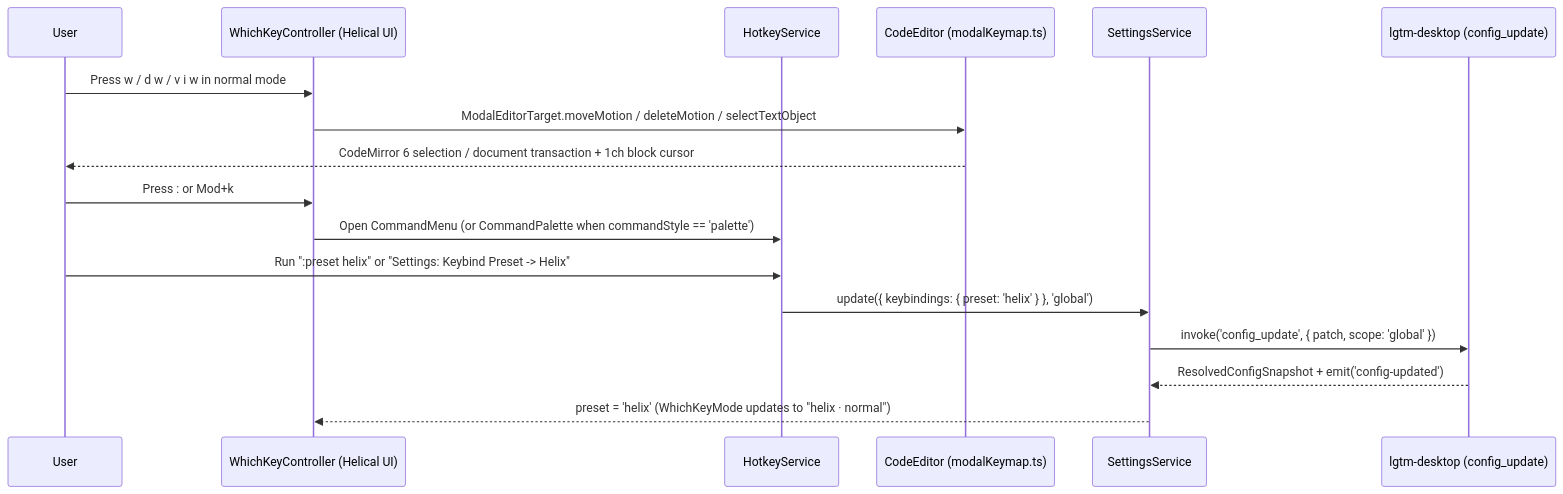
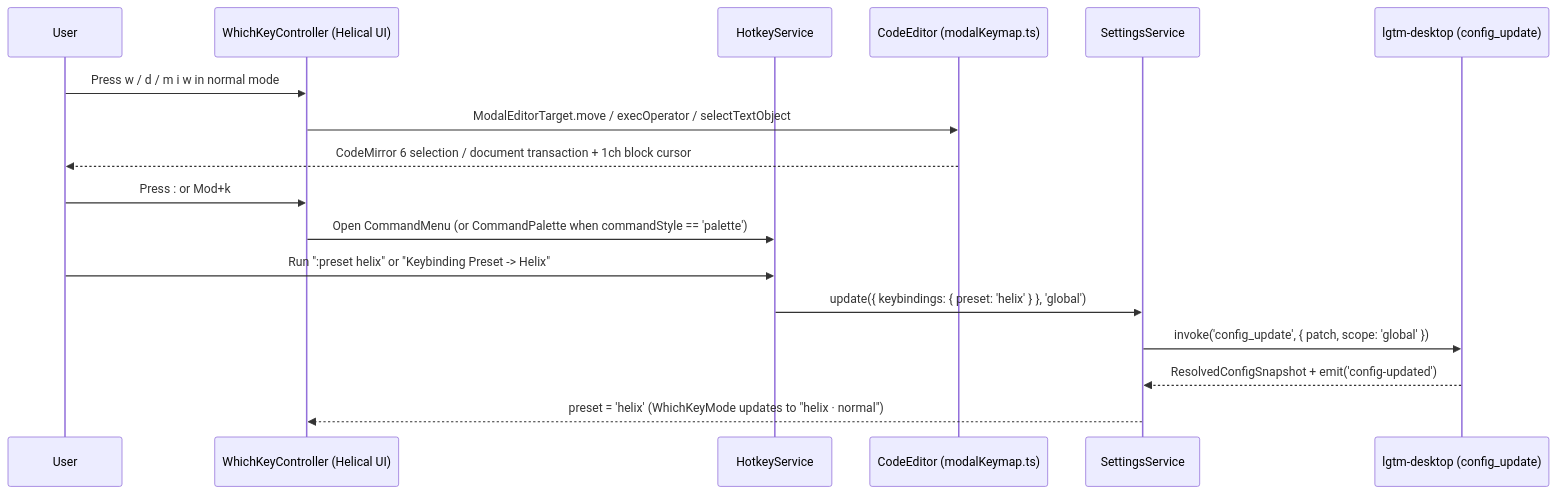
Before and after one commit to difflab-io/lgtm: the second of 2 diagrams in docs/architecture/web/keybindings.md, drawn with Mermaid. The commit also changed other lines of this file and 8 other files, not shown here.

````diff
--- a/docs/architecture/web/keybindings.md
+++ b/docs/architecture/web/keybindings.md
@@ -60,21 +60,21 @@
 ```mermaid
 sequenceDiagram
     participant User
     participant WK as WhichKeyController (Helical UI)
     participant HK as HotkeyService
     participant CM as CodeEditor (modalKeymap.ts)
     participant Set as SettingsService
     participant Host as lgtm-desktop (config_update)
 
-    User->>WK: Press w / d w / v i w in normal mode
-    WK->>CM: ModalEditorTarget.moveMotion / deleteMotion / selectTextObject
+    User->>WK: Press w / d / m i w in normal mode
+    WK->>CM: ModalEditorTarget.move / execOperator / selectTextObject
     CM-->>User: CodeMirror 6 selection / document transaction + 1ch block cursor
 
     User->>WK: Press : or Mod+k
     WK->>HK: Open CommandMenu (or CommandPalette when commandStyle == 'palette')
-    User->>HK: Run ":preset helix" or "Settings: Keybind Preset -> Helix"
+    User->>HK: Run ":preset helix" or "Keybinding Preset -> Helix"
     HK->>Set: update({ keybindings: { preset: 'helix' } }, 'global')
     Set->>Host: invoke('config_update', { patch, scope: 'global' })
     Host-->>Set: ResolvedConfigSnapshot + emit('config-updated')
     Set-->>WK: preset = 'helix' (WhichKeyMode updates to "helix · normal")
 ```
````
